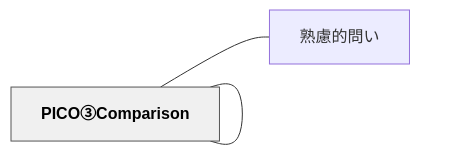
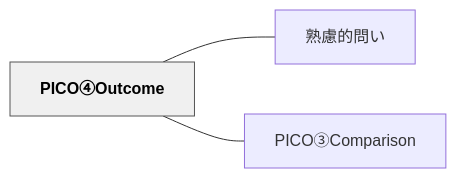
The diagram in content/パタン/PICO④Outcome.md (unknownthings-ed-patterns/unknownthings-ed-patterns), drawn with Mermaid before and after one commit. The commit also changed 527 other files, not shown here.

````diff
--- a/content/パタン/PICO④Outcome.md
+++ b/content/パタン/PICO④Outcome.md
@@ -48,12 +48,12 @@
 ```mermaid
 flowchart LR
-    n5049434fe291["PICO④Outcome"]
-    ne7869fe685ae["熟慮的問い"]
-    n5049434fe291["PICO③Comparison"]
+    n5049434fe291a34f7574636f6d65["PICO④Outcome"]
+    ne7869fe685aee79a84e5958fe38184["熟慮的問い"]
+    n5049434fe291a2436f6d70617269736f6e["PICO③Comparison"]
 
-    n5049434fe291 --- ne7869fe685ae
-    n5049434fe291 --- n5049434fe291
+    n5049434fe291a34f7574636f6d65 --- ne7869fe685aee79a84e5958fe38184
+    n5049434fe291a34f7574636f6d65 --- n5049434fe291a2436f6d70617269736f6e
 
     classDef hub fill:#f0f0f0,stroke:#555,color:#000,font-weight:bold
-    class n5049434fe291 hub
+    class n5049434fe291a34f7574636f6d65 hub
 ```
````
